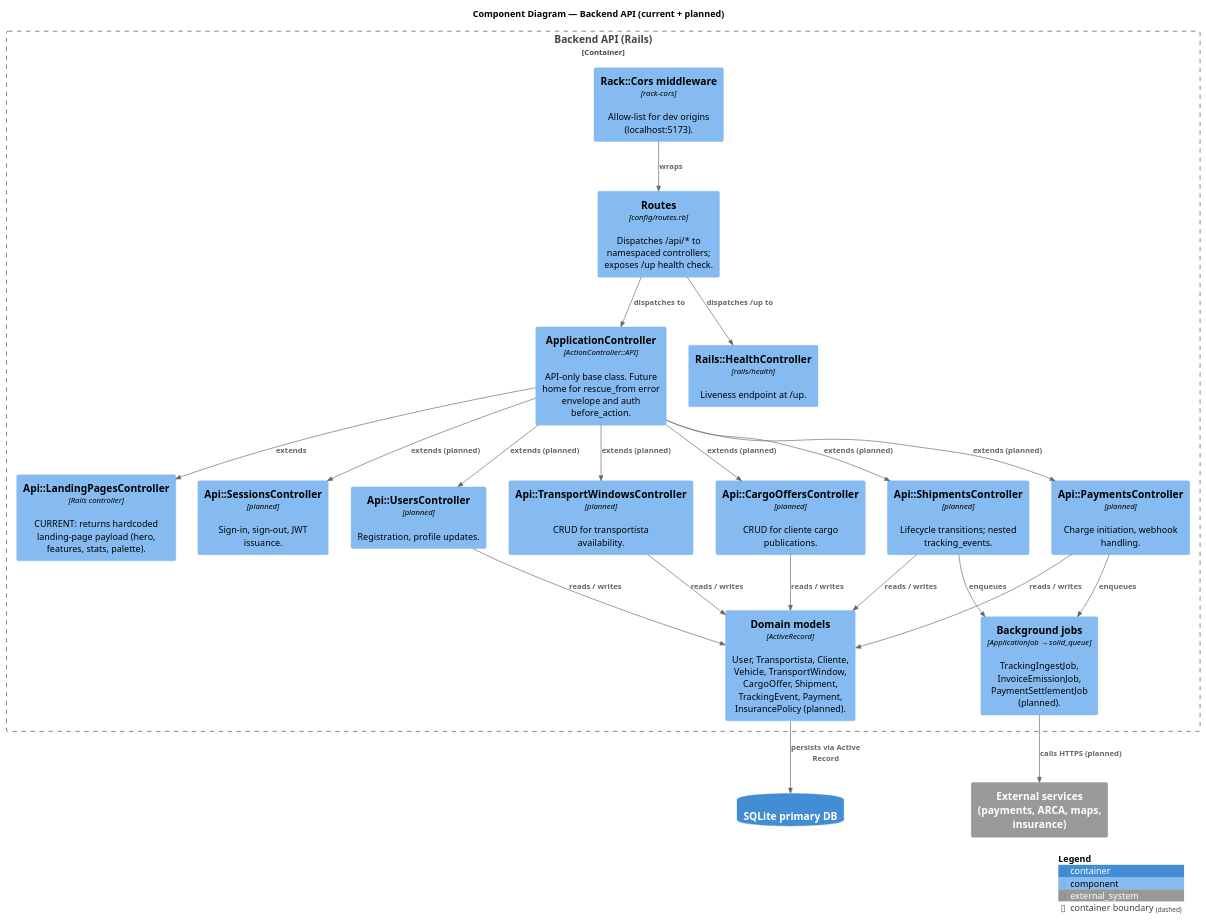
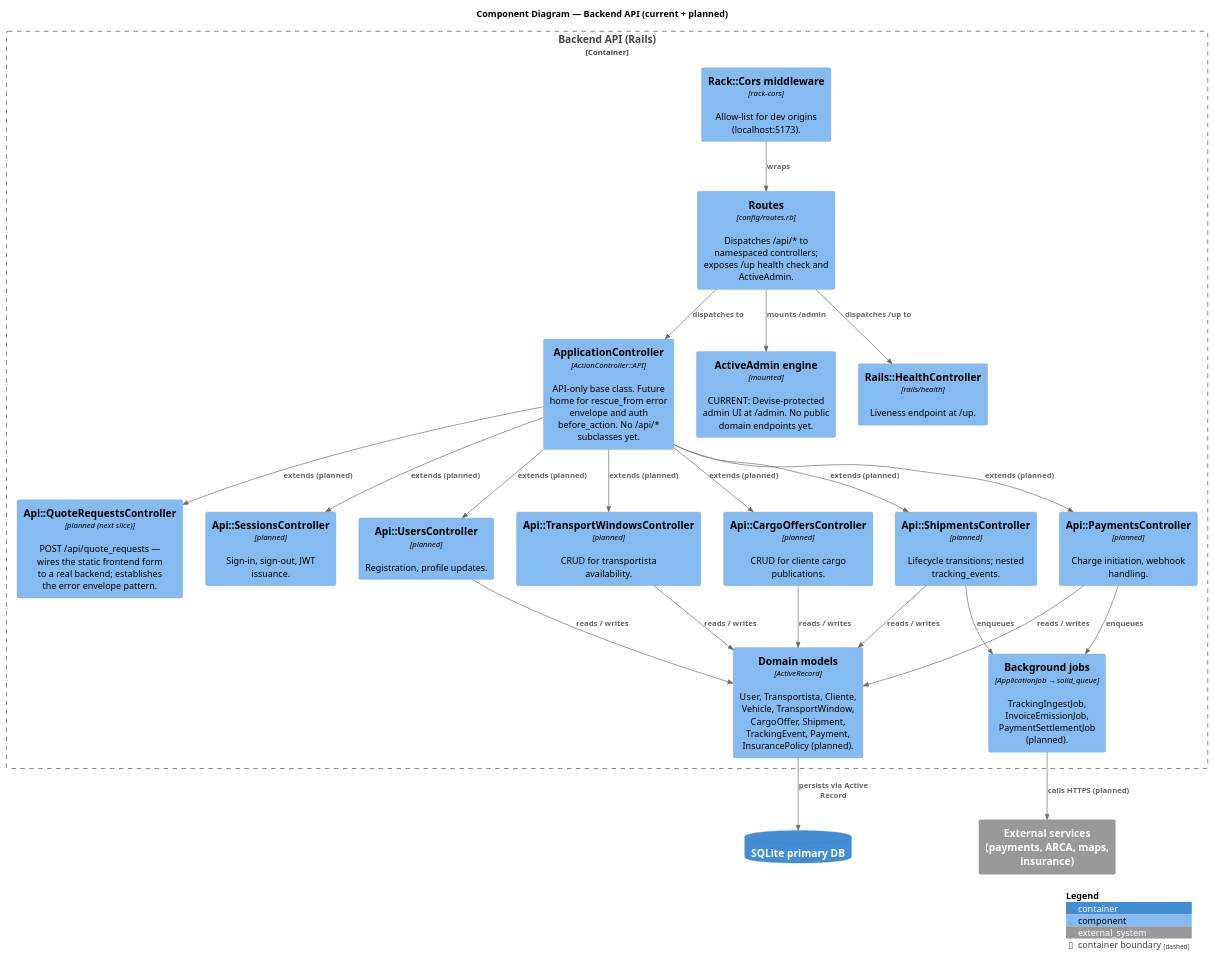
Before and after one commit to matias-ferrero/Truckr: the diagram in docs/03-architecture-diagrams/c4-component-core.puml, drawn with PlantUML. The commit also changed 15 other files, not shown here.

First line of the commit message:
docs: correct landing page as static frontend, not backend-served (#78)

```diff
--- a/docs/03-architecture-diagrams/c4-component-core.puml
+++ b/docs/03-architecture-diagrams/c4-component-core.puml
@@ -1,53 +1,55 @@
 @startuml c4-component-core
 !include <C4/C4_Component>
 
 title Component Diagram — Backend API (current + planned)
 
 Container_Boundary(api, "Backend API (Rails)") {
 
-  Component(routes, "Routes", "config/routes.rb", "Dispatches /api/* to namespaced controllers; exposes /up health check.")
-  Component(app_controller, "ApplicationController", "ActionController::API", "API-only base class. Future home for rescue_from error envelope and auth before_action.")
+  Component(routes, "Routes", "config/routes.rb", "Dispatches /api/* to namespaced controllers; exposes /up health check and ActiveAdmin.")
+  Component(app_controller, "ApplicationController", "ActionController::API", "API-only base class. Future home for rescue_from error envelope and auth before_action. No /api/* subclasses yet.")
 
-  Component(landing_c, "Api::LandingPagesController", "Rails controller", "CURRENT: returns hardcoded landing-page payload (hero, features, stats, palette).")
+  Component(active_admin, "ActiveAdmin engine", "mounted", "CURRENT: Devise-protected admin UI at /admin. No public domain endpoints yet.")
 
+  Component(quote_c, "Api::QuoteRequestsController", "planned (next slice)", "POST /api/quote_requests — wires the static frontend form to a real backend; establishes the error envelope pattern.")
   Component(auth_c, "Api::SessionsController", "planned", "Sign-in, sign-out, JWT issuance.")
   Component(users_c, "Api::UsersController", "planned", "Registration, profile updates.")
   Component(windows_c, "Api::TransportWindowsController", "planned", "CRUD for transportista availability.")
   Component(offers_c, "Api::CargoOffersController", "planned", "CRUD for cliente cargo publications.")
   Component(shipments_c, "Api::ShipmentsController", "planned", "Lifecycle transitions; nested tracking_events.")
   Component(payments_c, "Api::PaymentsController", "planned", "Charge initiation, webhook handling.")
 
   Component(health_c, "Rails::HealthController", "rails/health", "Liveness endpoint at /up.")
 
   Component(models, "Domain models", "ActiveRecord", "User, Transportista, Cliente, Vehicle, TransportWindow, CargoOffer, Shipment, TrackingEvent, Payment, InsurancePolicy (planned).")
   Component(jobs, "Background jobs", "ApplicationJob → solid_queue", "TrackingIngestJob, InvoiceEmissionJob, PaymentSettlementJob (planned).")
   Component(cors, "Rack::Cors middleware", "rack-cors", "Allow-list for dev origins (localhost:5173).")
 }
 
 ContainerDb(db, "SQLite primary DB")
 System_Ext(ext, "External services\n(payments, ARCA, maps, insurance)")
 
 Rel(routes, app_controller, "dispatches to")
-Rel(app_controller, landing_c, "extends")
+Rel(routes, active_admin, "mounts /admin")
+Rel(app_controller, quote_c, "extends (planned)")
 Rel(app_controller, auth_c, "extends (planned)")
 Rel(app_controller, users_c, "extends (planned)")
 Rel(app_controller, windows_c, "extends (planned)")
 Rel(app_controller, offers_c, "extends (planned)")
 Rel(app_controller, shipments_c, "extends (planned)")
 Rel(app_controller, payments_c, "extends (planned)")
 Rel(routes, health_c, "dispatches /up to")
 
 Rel(users_c, models, "reads / writes")
 Rel(windows_c, models, "reads / writes")
 Rel(offers_c, models, "reads / writes")
 Rel(shipments_c, models, "reads / writes")
 Rel(payments_c, models, "reads / writes")
 Rel(payments_c, jobs, "enqueues")
 Rel(shipments_c, jobs, "enqueues")
 
 Rel(models, db, "persists via Active Record")
 Rel(jobs, ext, "calls HTTPS (planned)")
 Rel(cors, routes, "wraps")
 
 SHOW_LEGEND()
 @enduml
```
